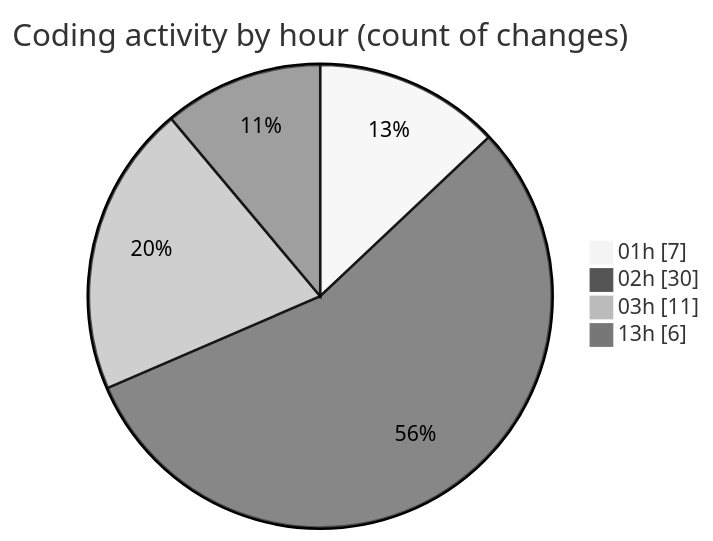
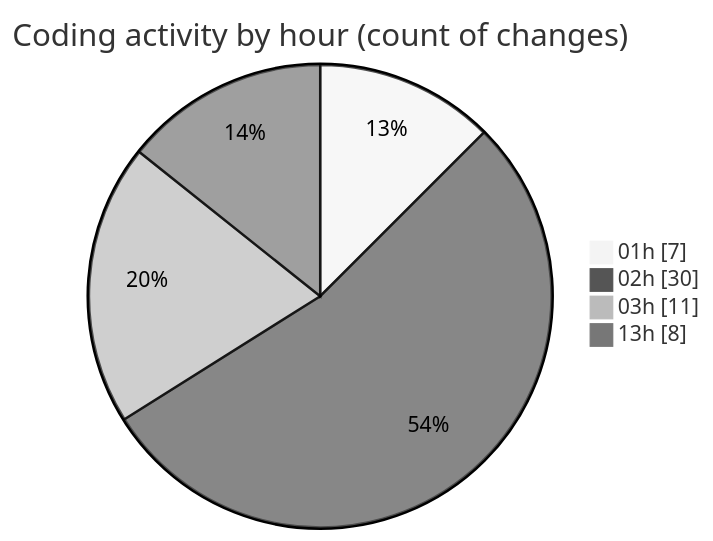
The second of 2 diagrams in 2025-01-24/projects/README.md (Ritupan-Deka/code-tracking), drawn with Mermaid (neutral theme) before and after one commit. The commit also changed other lines of this file and 1 other file, not shown here.

````diff
--- a/2025-01-24/projects/README.md
+++ b/2025-01-24/projects/README.md
@@ -39,8 +39,8 @@
 ```mermaid
 pie showData
 title Coding activity by hour (count of changes)
 "01h" : 7
 "02h" : 30
 "03h" : 11
-"13h" : 6
+"13h" : 8
 ```
````
